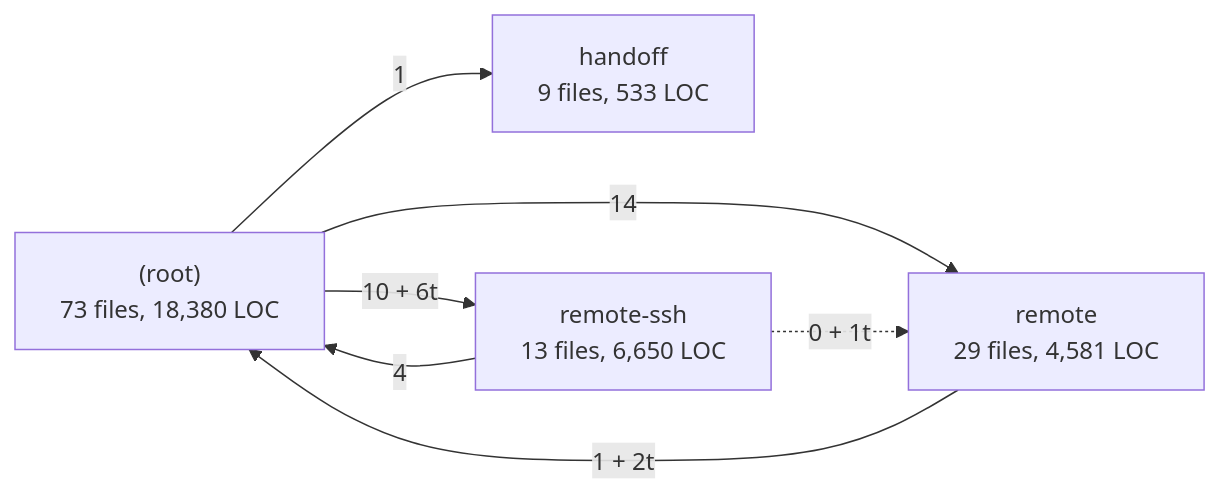
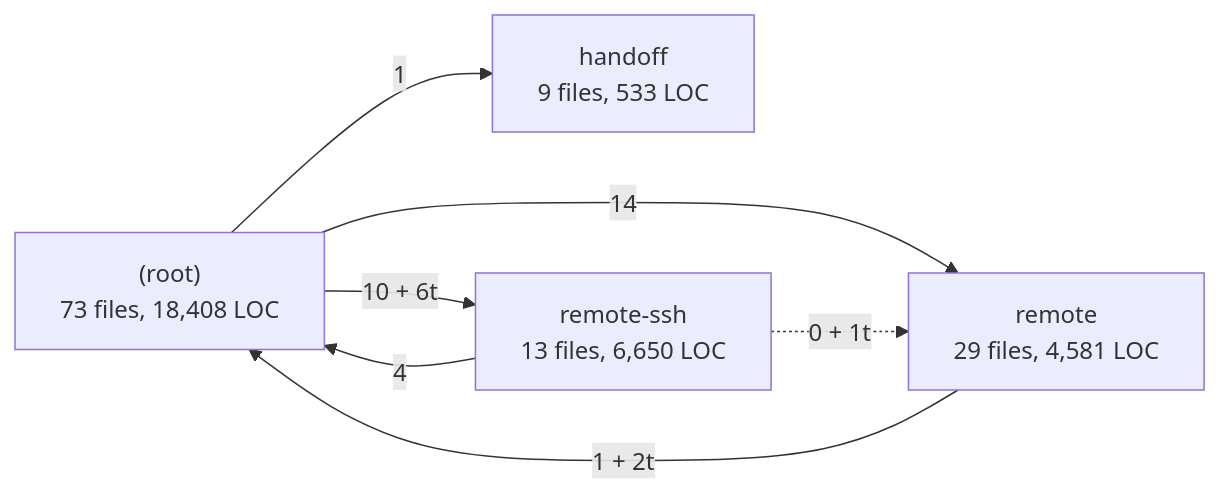
One commit to pollog09/DisTerm changed the third of 8 diagrams in docs/architecture/GRAPH.md. Above: the diagram before and after it, drawn with Mermaid. The commit also changed other lines of this file and 63 other files, not shown here.

First line of the commit message:
feat(graph): switch the graph view between the agent graph and a repo's system map

````diff
--- a/docs/architecture/GRAPH.md
+++ b/docs/architecture/GRAPH.md
@@ -115,13 +127,13 @@
 ```mermaid
 flowchart LR
-  n_main__root_["(root)<br/>73 files, 18,380 LOC"]
+  n_main__root_["(root)<br/>73 files, 18,408 LOC"]
   n_main_handoff["handoff<br/>9 files, 533 LOC"]
   n_main_remote["remote<br/>29 files, 4,581 LOC"]
   n_main_remote_ssh["remote-ssh<br/>13 files, 6,650 LOC"]
   n_main__root_ -->|"1"| n_main_handoff
   n_main__root_ -->|"14"| n_main_remote
   n_main__root_ -->|"10 + 6t"| n_main_remote_ssh
   n_main_remote -->|"1 + 2t"| n_main__root_
   n_main_remote_ssh -->|"4"| n_main__root_
   n_main_remote_ssh -.->|"0 + 1t"| n_main_remote
 ```
````
